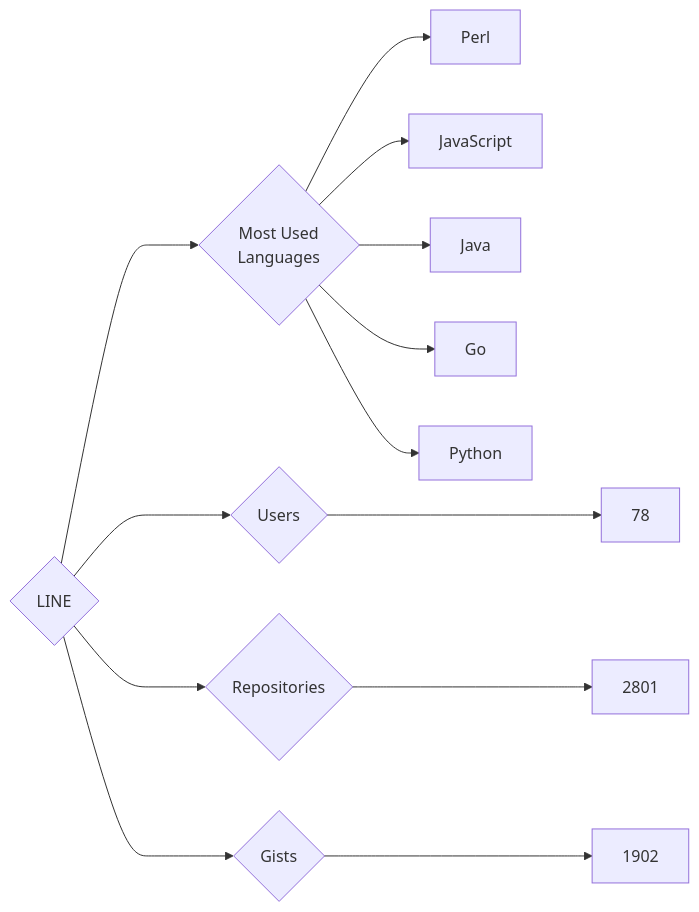
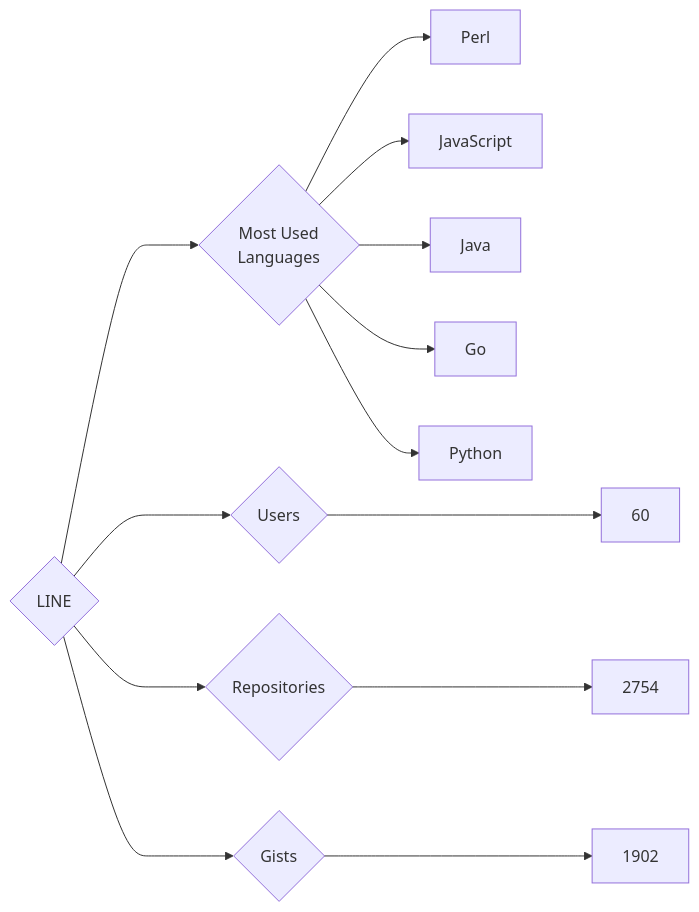
The diagram in targets/LINE/README.md (trickest/insiders), drawn with Mermaid before and after one commit. The commit also changed 882 other files, not shown here.

````diff
--- a/targets/LINE/README.md
+++ b/targets/LINE/README.md
@@ -3,13 +3,13 @@
 ```mermaid
 graph LR
 COMPANY_NAME{LINE}
-COMPANY_NAME ---> U{Users} ---> UN[78]
-COMPANY_NAME ---> R{Repositories} ---> RN[2801]
+COMPANY_NAME ---> U{Users} ---> UN[60]
+COMPANY_NAME ---> R{Repositories} ---> RN[2754]
 COMPANY_NAME ---> G{Gists} ---> GN[1902]
 COMPANY_NAME ---> ML{Most Used<br>Languages}
 ML --> Perl[Perl]
 ML --> JavaScript[JavaScript]
 ML --> Java[Java]
 ML --> Go[Go]
 ML --> Python[Python]
 ```
````
